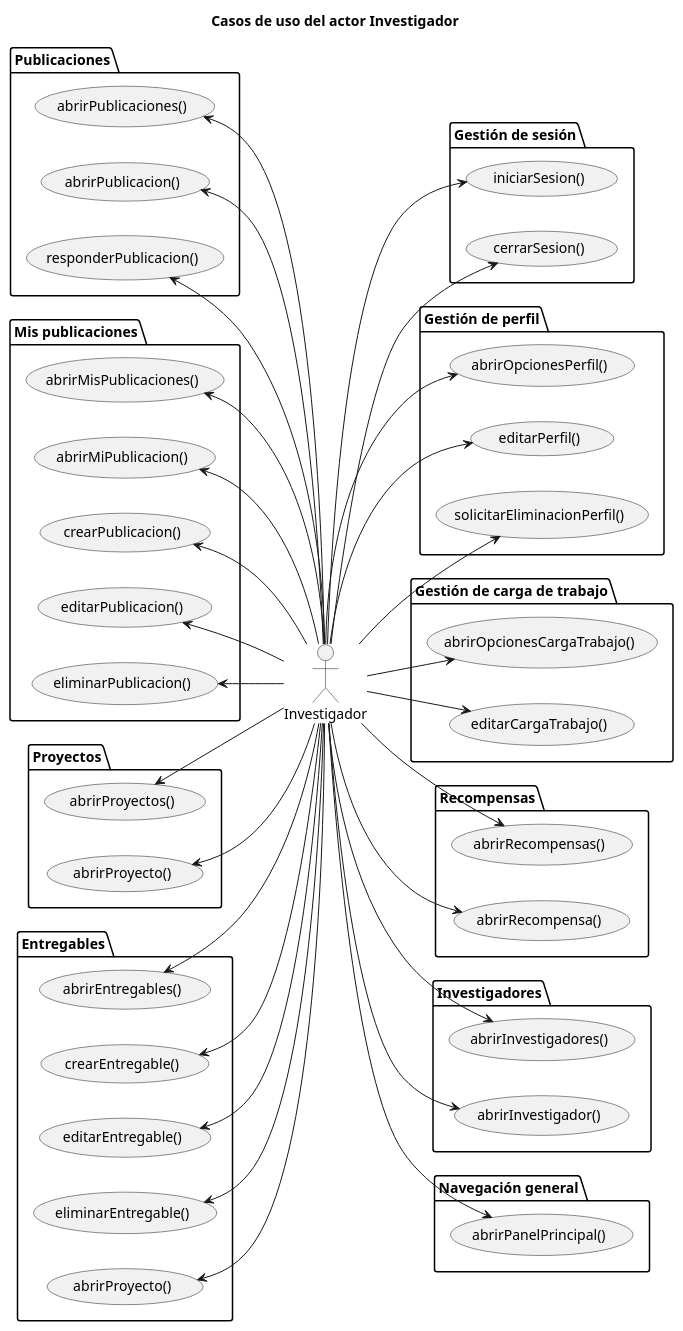
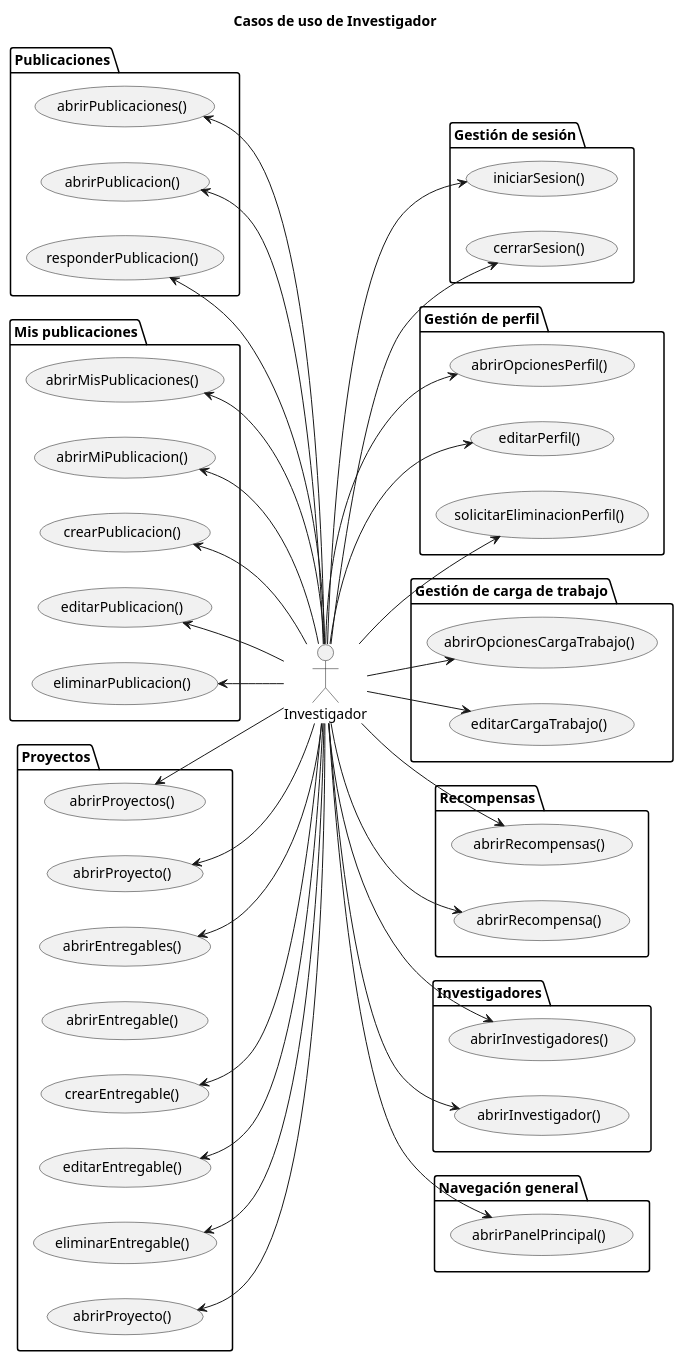
Before and after one commit to 31Diego/25-26-IdSw1-SdR: the diagram in documentación/CasosDeUso/Diagramas/CDUInvestigador.puml, drawn with PlantUML. The commit also changed 4 other files, not shown here.

Commit message:
ajuste en diagramas de actiores y casos de uso

```diff
--- a/documentación/CasosDeUso/Diagramas/CDUInvestigador.puml
+++ b/documentación/CasosDeUso/Diagramas/CDUInvestigador.puml
@@ -1,104 +1,104 @@
 @startuml CDUInvestigador
 
-title Casos de uso del actor Investigador
+title Casos de uso de Investigador
 left to right direction
 
 actor "Investigador" as investigador
 
 package "Gestión de sesión" {
     usecase UC_IniciarSesion as "iniciarSesion()"
     usecase UC_CerrarSesion as "cerrarSesion()"
 }
 
 package "Gestión de perfil" {
     usecase UC_AbrirOpcionesPerfil as "abrirOpcionesPerfil()"
     usecase UC_EditarPerfil as "editarPerfil()"
     usecase UC_SolicitarEliminacionPerfil as "solicitarEliminacionPerfil()"
 }
 
 package "Gestión de carga de trabajo" {
     usecase UC_AbrirOpcionesCargaTrabajo as "abrirOpcionesCargaTrabajo()"
     usecase UC_EditarCargaTrabajo as "editarCargaTrabajo()"
 }
 
 package "Publicaciones" {
     usecase UC_AbrirPublicaciones as "abrirPublicaciones()"
     usecase UC_AbrirPublicacion as "abrirPublicacion()"
     usecase UC_ResponderPublicacion as "responderPublicacion()"
 }
 
 package "Mis publicaciones" {
     usecase UC_AbrirMisPublicaciones as "abrirMisPublicaciones()"
     usecase UC_AbrirMiPublicacion as "abrirMiPublicacion()"
     usecase UC_CrearPublicacion as "crearPublicacion()"
     usecase UC_EditarPublicacion as "editarPublicacion()"
     usecase UC_EliminarPublicacion as "eliminarPublicacion()"
 }
 
 package "Proyectos" {
     usecase UC_AbrirProyectos as "abrirProyectos()"
     usecase UC_AbrirProyecto as "abrirProyecto()"
+    usecase UC_AbrirEntregables as "abrirEntregables()"
+    usecase UC_AbrirEntregable as "abrirEntregable()"
+    usecase UC_CrearEntregable as "crearEntregable()"
+    usecase UC_EditarEntregable as "editarEntregable()"
+    usecase UC_EliminarEntregable as "eliminarEntregable()"
+    usecase UC_AbrirProyectoDesdeEntregables as "abrirProyecto()"
 }
 
 package "Recompensas" {
     usecase UC_AbrirRecompensas as "abrirRecompensas()"
     usecase UC_AbrirRecompensa as "abrirRecompensa()"
 }
 
-package "Entregables" {
-    usecase UC_AbrirEntregables as "abrirEntregables()"
-    usecase UC_CrearEntregable as "crearEntregable()"
-    usecase UC_EditarEntregable as "editarEntregable()"
-    usecase UC_EliminarEntregable as "eliminarEntregable()"
-    usecase UC_AbrirProyectoDesdeEntregables as "abrirProyecto()"
-}
+
 
 package "Investigadores" {
     usecase UC_AbrirInvestigadores as "abrirInvestigadores()"
     usecase UC_AbrirInvestigador as "abrirInvestigador()"
 }
 
 package "Navegación general" {
     usecase UC_AbrirPanelPrincipal as "abrirPanelPrincipal()"
 }
 
 ' ================= ASOCIACIONES =================
 
 investigador --> UC_IniciarSesion
 investigador --> UC_CerrarSesion
 
 investigador --> UC_AbrirOpcionesPerfil
 investigador --> UC_EditarPerfil
 investigador --> UC_SolicitarEliminacionPerfil
 
 investigador --> UC_AbrirOpcionesCargaTrabajo
 investigador --> UC_EditarCargaTrabajo
 
 UC_AbrirPublicaciones <-- investigador
 UC_AbrirPublicacion <-- investigador
 UC_ResponderPublicacion <-- investigador
 
 UC_AbrirMisPublicaciones <-- investigador
 UC_AbrirMiPublicacion <-- investigador
 UC_CrearPublicacion <-- investigador
 UC_EditarPublicacion <-- investigador
 UC_EliminarPublicacion <-- investigador
 
 UC_AbrirProyectos <-- investigador
 UC_AbrirProyecto <-- investigador
 
 investigador --> UC_AbrirRecompensas
 investigador --> UC_AbrirRecompensa
 
 UC_AbrirEntregables <-- investigador
 UC_CrearEntregable <-- investigador
 UC_EditarEntregable <-- investigador
 UC_EliminarEntregable <-- investigador
 UC_AbrirProyectoDesdeEntregables <-- investigador
 
 investigador --> UC_AbrirInvestigadores
 investigador --> UC_AbrirInvestigador
 
 investigador --> UC_AbrirPanelPrincipal
 
 @enduml
```
